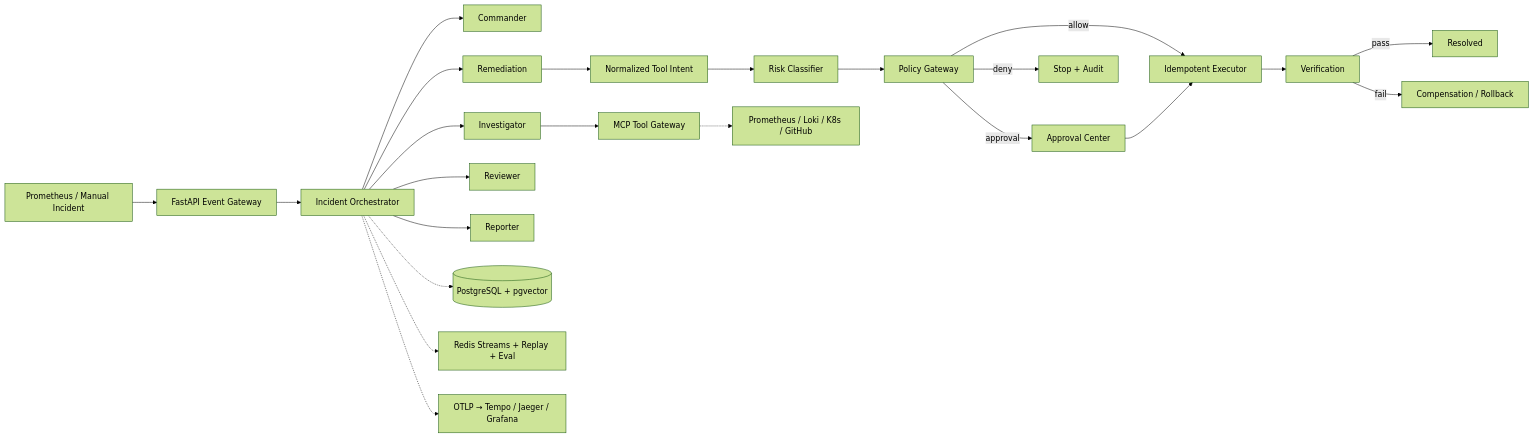
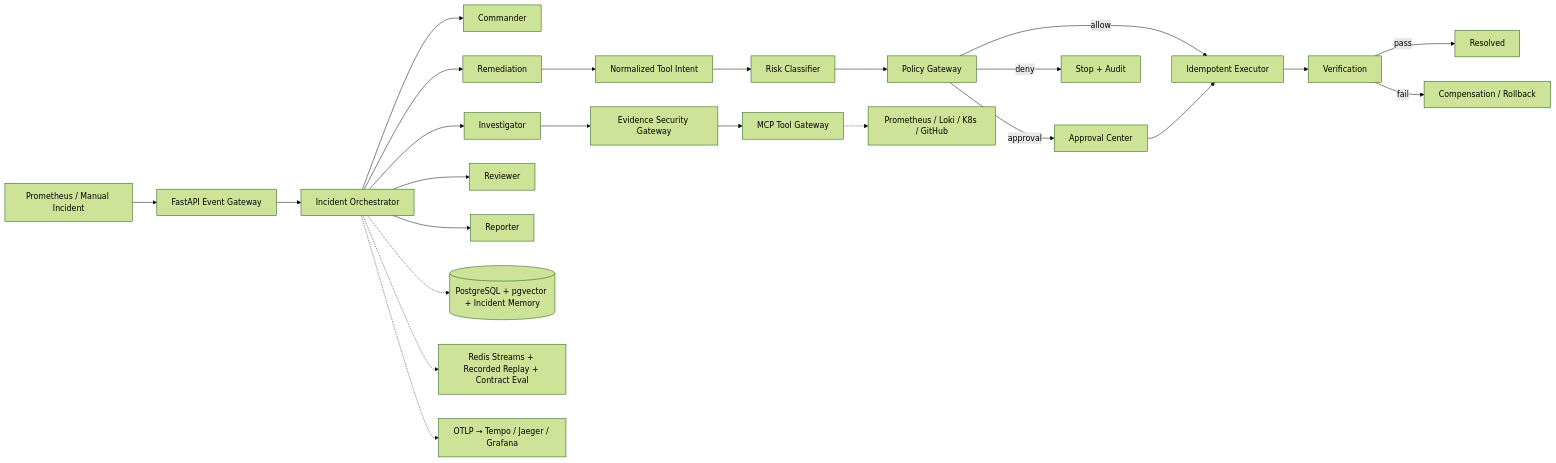
The first of 2 diagrams in README.md (Odelialan/RunGuard), drawn with Mermaid (forest theme) before and after one commit. The commit also changed other lines of this file and 62 other files, not shown here.

````diff
--- a/README.md
+++ b/README.md
@@ -137,25 +143,26 @@
 ```mermaid
 flowchart LR
     A["Prometheus / Manual Incident"] --> B["FastAPI Event Gateway"]
     B --> C["Incident Orchestrator"]
     C --> D["Commander"]
     C --> E["Investigator"]
     C --> F["Remediation"]
     C --> G["Reviewer"]
     C --> V["Reporter"]
-    E --> H["MCP Tool Gateway"]
+    E --> W["Evidence Security Gateway"]
+    W --> H["MCP Tool Gateway"]
     F --> I["Normalized Tool Intent"]
     I --> J["Risk Classifier"]
     J --> K["Policy Gateway"]
     K -->|"allow"| L["Idempotent Executor"]
     K -->|"approval"| M["Approval Center"]
     K -->|"deny"| N["Stop + Audit"]
     M --> L
     L --> O["Verification"]
     O -->|"pass"| P["Resolved"]
     O -->|"fail"| Q["Compensation / Rollback"]
-    C -.-> R[("PostgreSQL + pgvector")]
+    C -.-> R[("PostgreSQL + pgvector + Incident Memory")]
     H -.-> S["Prometheus / Loki / K8s / GitHub"]
-    C -.-> T["Redis Streams + Replay + Eval"]
+    C -.-> T["Redis Streams + Recorded Replay + Contract Eval"]
     C -.-> U["OTLP → Tempo / Jaeger / Grafana"]
 ```
````
